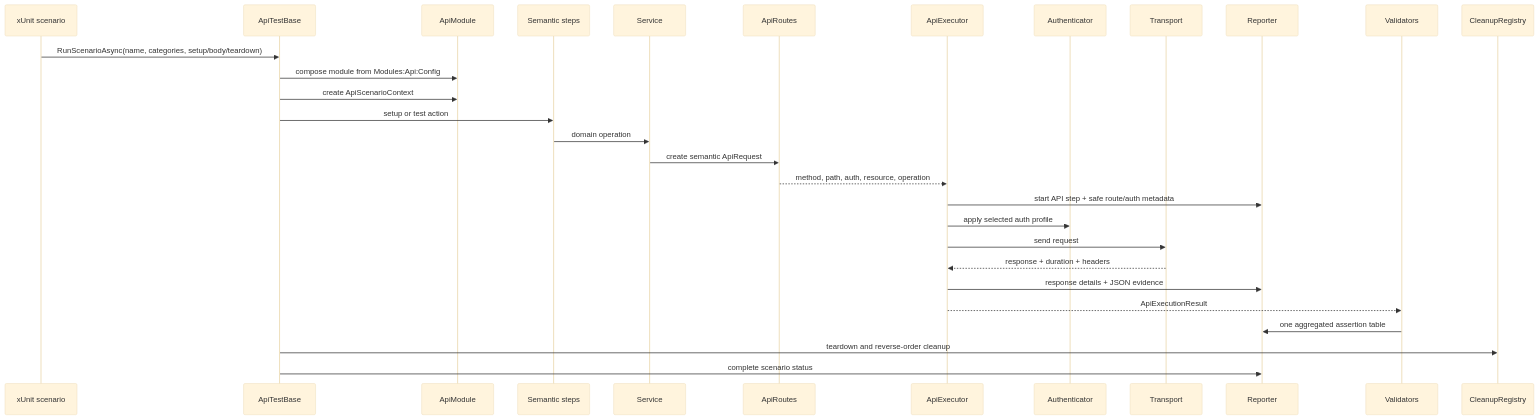
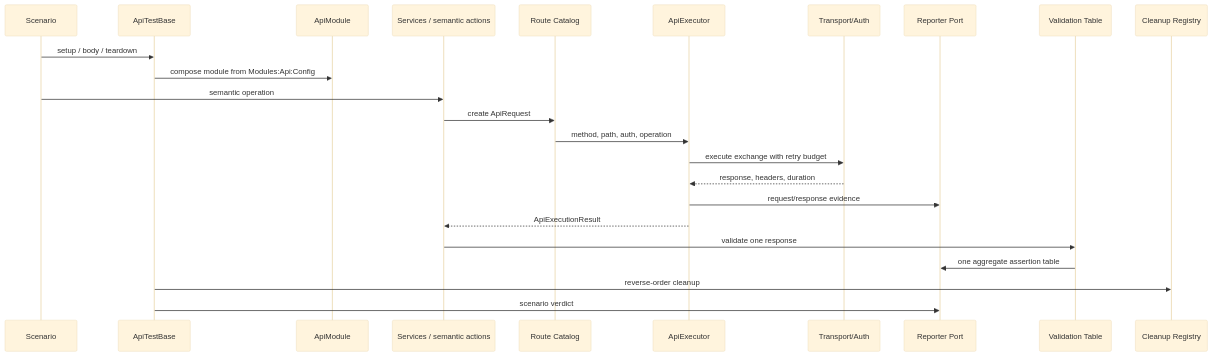
One commit to crististefanita/CS1 changed the third of 5 diagrams in README.md. Above: the diagram before and after it, drawn with Mermaid (base theme). The commit also changed other lines of this file and 210 other files, not shown here.

````diff
--- a/README.md
+++ b/README.md
@@ -48,32 +146,27 @@
 ```mermaid
 sequenceDiagram
-    participant T as xUnit scenario
+    participant T as Scenario
     participant B as ApiTestBase
     participant M as ApiModule
-    participant S as Semantic steps
-    participant V as Service
-    participant R as ApiRoutes
+    participant S as Services / semantic actions
+    participant R as Route Catalog
     participant E as ApiExecutor
-    participant A as Authenticator
-    participant H as Transport
-    participant P as Reporter
-    participant C as Validators
-    participant K as CleanupRegistry
+    participant H as Transport/Auth
+    participant P as Reporter Port
+    participant V as Validation Table
+    participant C as Cleanup Registry
 
-    T->>B: RunScenarioAsync(name, categories, setup/body/teardown)
+    T->>B: setup / body / teardown
     B->>M: compose module from Modules:Api:Config
-    B->>M: create ApiScenarioContext
-    B->>S: setup or test action
-    S->>V: domain operation
-    V->>R: create semantic ApiRequest
-    R-->>E: method, path, auth, resource, operation
-    E->>P: start API step + safe route/auth metadata
-    E->>A: apply selected auth profile
-    E->>H: send request
-    H-->>E: response + duration + headers
-    E->>P: response details + JSON evidence
-    E-->>C: ApiExecutionResult
-    C->>P: one aggregated assertion table
-    B->>K: teardown and reverse-order cleanup
-    B->>P: complete scenario status
+    T->>S: semantic operation
+    S->>R: create ApiRequest
+    R->>E: method, path, auth, operation
+    E->>H: execute exchange with retry budget
+    H-->>E: response, headers, duration
+    E->>P: request/response evidence
+    E-->>S: ApiExecutionResult
+    S->>V: validate one response
+    V->>P: one aggregate assertion table
+    B->>C: reverse-order cleanup
+    B->>P: scenario verdict
 ```
````
